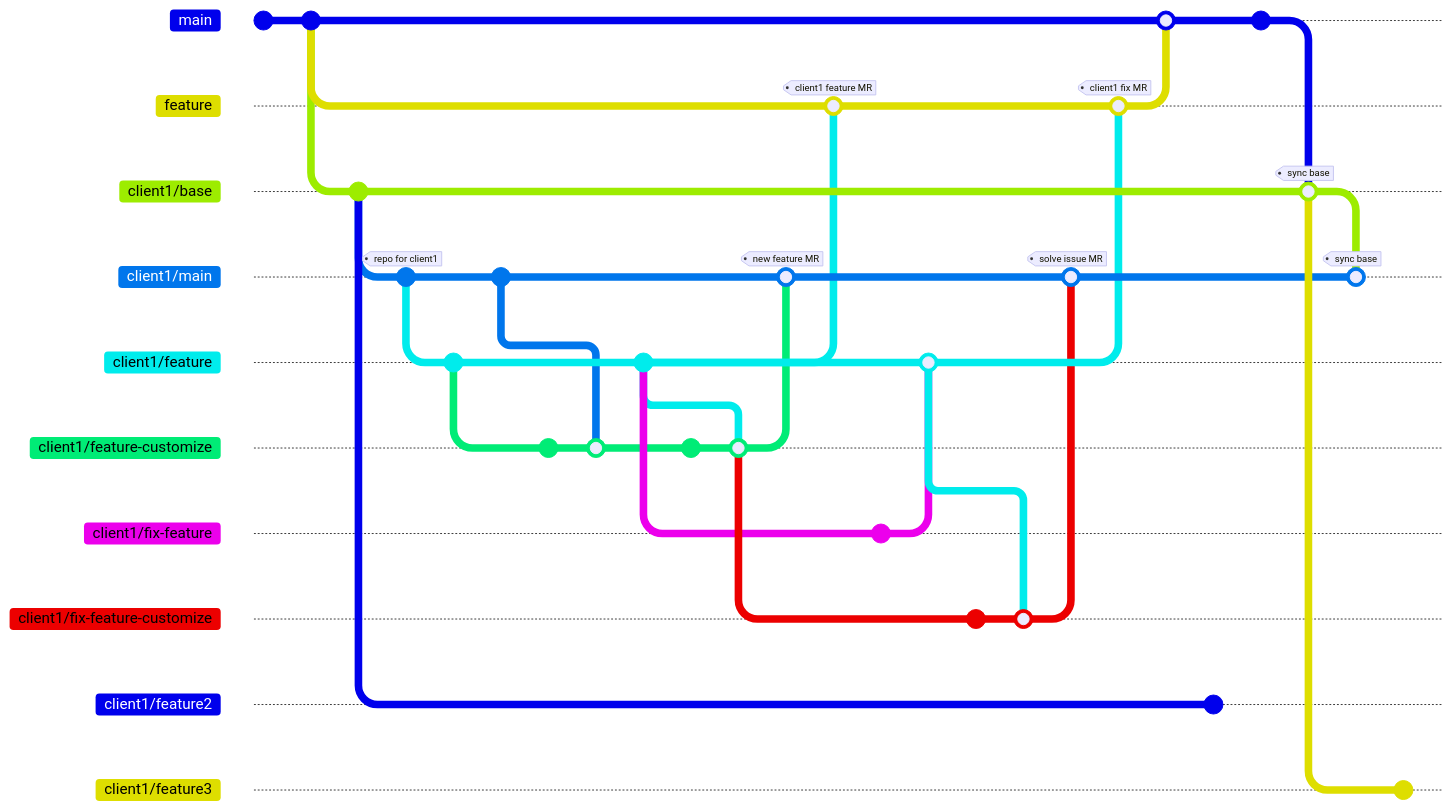
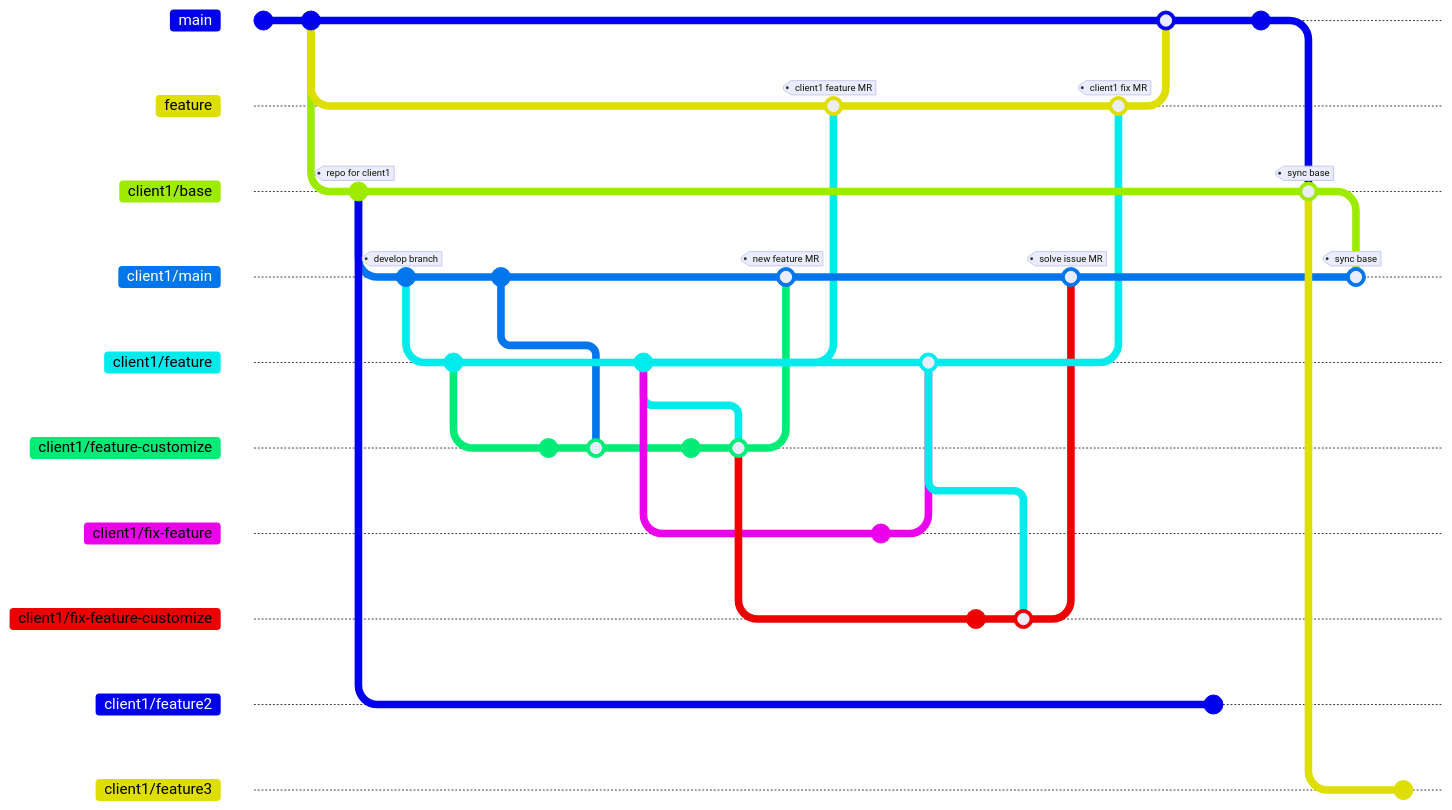
Before and after one commit to tsengyushiang/notes: the second of 2 diagrams in git/workflow.md, drawn with Mermaid. Commit ids are hidden.

````diff
--- a/git/workflow.md
+++ b/git/workflow.md
@@ -40,57 +40,57 @@
 ```mermaid
 %%{init: { 'gitGraph': {'showCommitLabel': false}} }%%
 
 gitGraph
     commit
     commit
     branch feature
     branch client1/base
-    commit
+    commit tag:"repo for client1"
     branch client1/main
-    commit tag:"repo for client1"
+    commit tag:"develop branch"
     branch client1/feature
     commit
     checkout client1/main
     commit id:"other feature"
     checkout client1/feature
     branch client1/feature-customize
     commit
     merge client1/main
     checkout client1/feature
     commit
     checkout client1/feature-customize
     commit
     merge client1/feature
     checkout client1/main
     merge client1/feature-customize tag:"new feature MR"
     checkout feature
     merge client1/feature tag:"client1 feature MR"
     checkout client1/feature
     branch client1/fix-feature
     commit
     checkout client1/feature
     merge client1/fix-feature
     checkout client1/feature-customize
     branch client1/fix-feature-customize
     commit
     merge client1/feature
     checkout client1/main
     merge client1/fix-feature-customize tag:"solve issue MR"
     checkout main
     checkout feature
     merge client1/feature tag:"client1 fix MR"
     checkout main
     merge feature
     checkout client1/base
     branch client1/feature2
     commit
     checkout main
     commit
     checkout client1/base
     merge main tag:"sync base"
     checkout client1/main
     merge client1/base tag:"sync base"
     checkout client1/base
     branch client1/feature3
     commit
 ```
````
